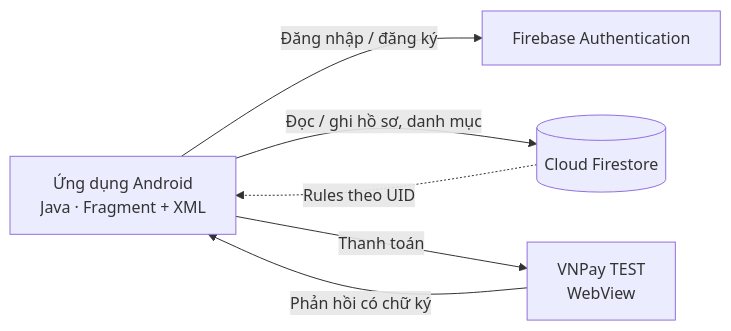
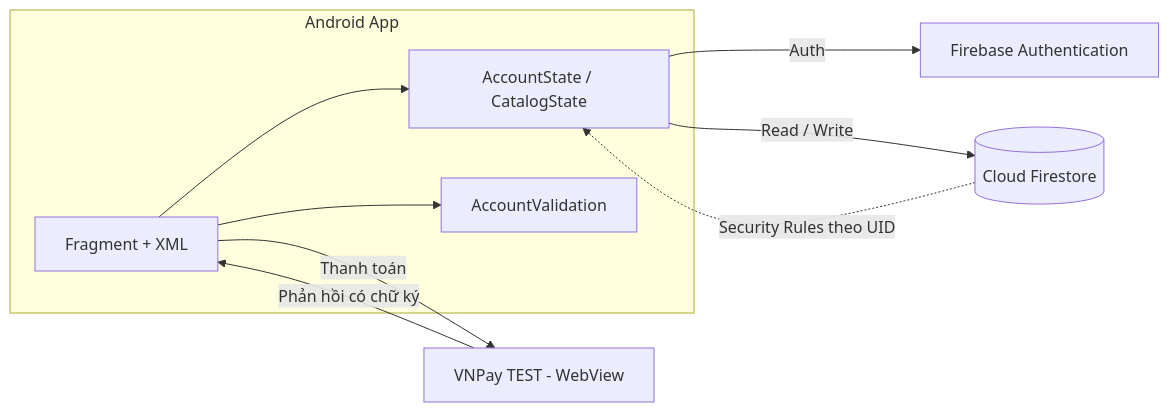
The diagram in README.md (pvhNam/TMDT_CK), drawn with Mermaid before and after one commit. The commit also changed other lines of this file, not shown here.

````diff
--- a/README.md
+++ b/README.md
@@ -44,8 +66,15 @@
 ```mermaid
 flowchart LR
-    A[Ứng dụng Android<br/>Java · Fragment + XML] -->|Đăng nhập / đăng ký| B[Firebase Authentication]
-    A -->|Đọc / ghi hồ sơ, danh mục| C[(Cloud Firestore)]
-    C -.->|Rules theo UID| A
-    A -->|Thanh toán| D[VNPay TEST<br/>WebView]
-    D -->|Phản hồi có chữ ký| A
+    subgraph Client[Android App]
+        UI[Fragment + XML]
+        ST[AccountState / CatalogState]
+        VAL[AccountValidation]
+        UI --> ST
+        UI --> VAL
+    end
+    ST -->|Auth| FA[Firebase Authentication]
+    ST -->|Read / Write| FS[(Cloud Firestore)]
+    FS -.->|Security Rules theo UID| ST
+    UI -->|Thanh toán| VNP[VNPay TEST - WebView]
+    VNP -->|Phản hồi có chữ ký| UI
 ```
````
